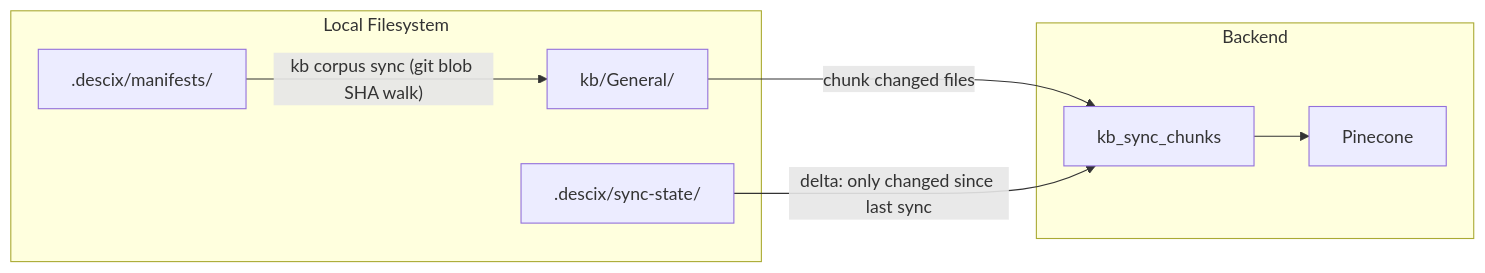
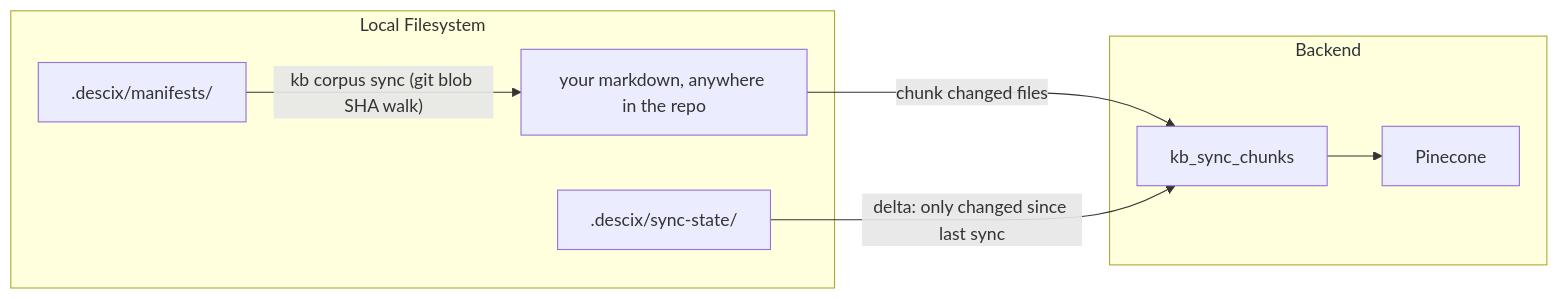
One commit to DeSciX/DAITA changed the diagram in site/docs/app-sdk/architecture.md. Above: the diagram before and after it, drawn with Mermaid. The commit also changed other lines of this file and 39 other files, not shown here.

````diff
--- a/site/docs/app-sdk/architecture.md
+++ b/site/docs/app-sdk/architecture.md
@@ -309,18 +298,18 @@
 ```mermaid
 flowchart LR
     subgraph local [Local Filesystem]
-        general[kb/General/]
+        sources[your markdown, anywhere in the repo]
         manifests[.descix/manifests/]
         syncstate[.descix/sync-state/]
     end
 
     subgraph backend [Backend]
         api[kb_sync_chunks]
         pinecone[Pinecone]
     end
 
-    manifests -->|"kb corpus sync (git blob SHA walk)"| general
-    general -->|"chunk changed files"| api
+    manifests -->|"kb corpus sync (git blob SHA walk)"| sources
+    sources -->|"chunk changed files"| api
     syncstate -->|"delta: only changed since last sync"| api
     api --> pinecone
 ```
````
